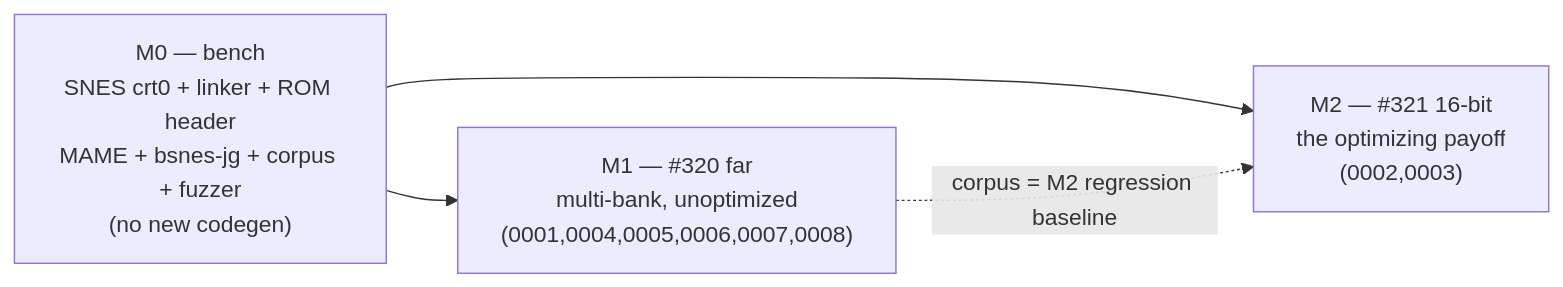
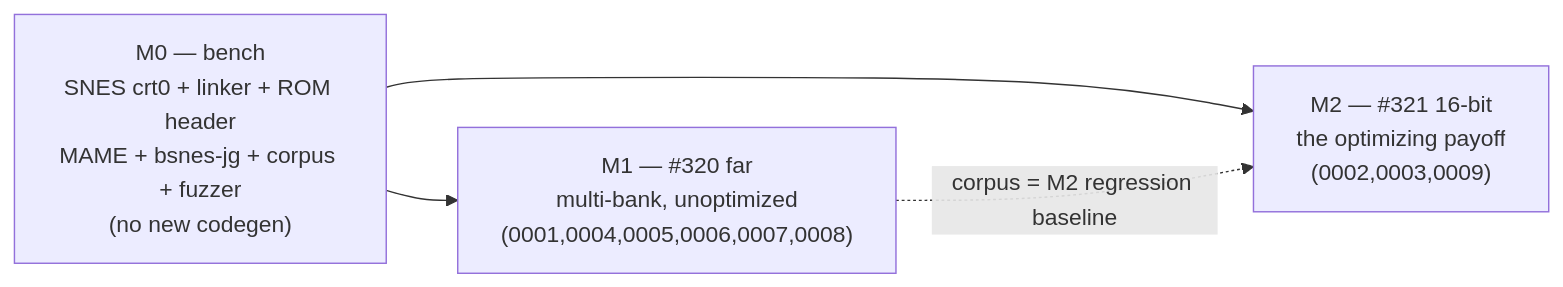
One commit to wbniv/llvm-mos-65816 changed the second of 5 diagrams in docs/65816-patch-series-review-guide.md. Above: the diagram before and after it, drawn with Mermaid. The commit also changed other lines of this file, not shown here.

````diff
--- a/docs/65816-patch-series-review-guide.md
+++ b/docs/65816-patch-series-review-guide.md
@@ -200,9 +207,9 @@
 ```mermaid
 flowchart LR
     M0["M0 — bench<br/>SNES crt0 + linker + ROM header<br/>MAME + bsnes-jg + corpus + fuzzer<br/>(no new codegen)"]
     M1["M1 — #320 far<br/>multi-bank, unoptimized<br/>(0001,0004,0005,0006,0007,0008)"]
-    M2["M2 — #321 16-bit<br/>the optimizing payoff<br/>(0002,0003)"]
+    M2["M2 — #321 16-bit<br/>the optimizing payoff<br/>(0002,0003,0009)"]
     M0 --> M1
     M0 --> M2
     M1 -. "corpus = M2 regression baseline" .-> M2
 ```
````
